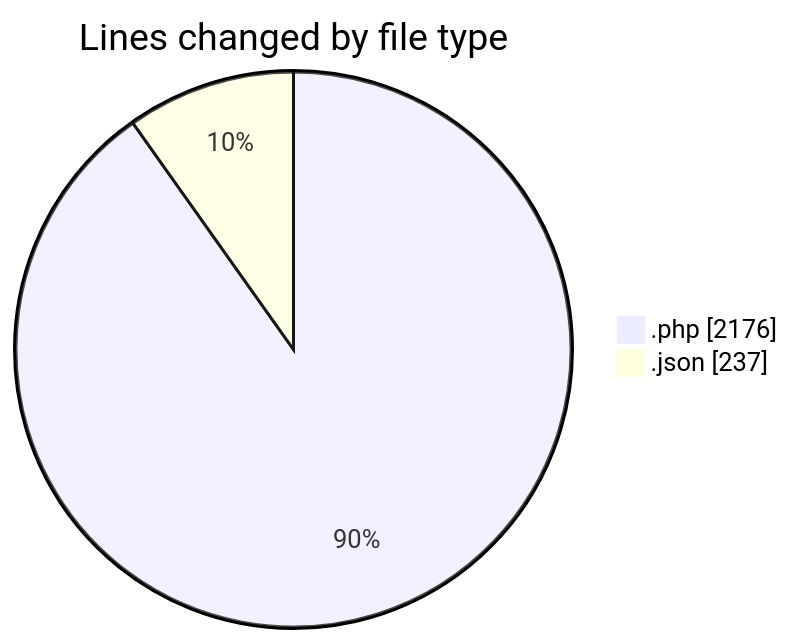
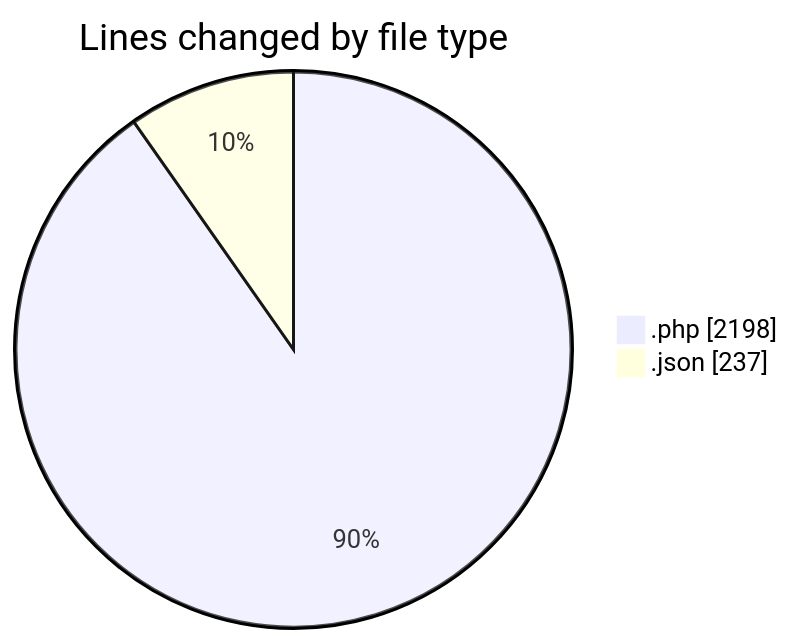
Before and after one commit to idhammustaqopulfikri/code-tracking: the first of 2 diagrams in 2025-06-20/studio-backend/README.md, drawn with Mermaid. The commit also changed other lines of this file and 1 other file, not shown here.

````diff
--- a/2025-06-20/studio-backend/README.md
+++ b/2025-06-20/studio-backend/README.md
@@ -26,6 +26,6 @@
 ```mermaid
 pie showData
 title Lines changed by file type
-".php" : 2176
+".php" : 2198
 ".json" : 237
 ```
````
